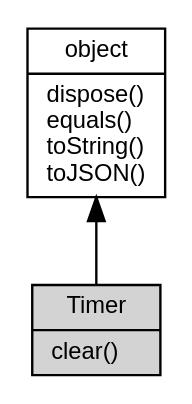
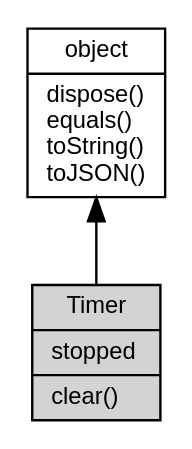
Before and after one commit to fibjs/fibjs.org: the diagram in docs/manual/object/ifs/Timer.md, drawn with Graphviz. The commit also changed other lines of this file and 198 other files, not shown here.

````diff
--- a/docs/manual/object/ifs/Timer.md
+++ b/docs/manual/object/ifs/Timer.md
@@ -5,10 +5,10 @@
 ```dot
 digraph {
     node [fontname="Helvetica,sans-Serif", fontsize=10, shape="record", style="filled", fillcolor="white"];
 
     object [tooltip="object", URL="object.md", label="{object|dispose()\lequals()\ltoString()\ltoJSON()\l}"];
-    Timer [tooltip="Timer", fillcolor="lightgray", label="{Timer|clear()\l}"];
+    Timer [tooltip="Timer", fillcolor="lightgray", label="{Timer|stopped\l|clear()\l}"];
 
     object -> Timer [dir=back];
 }
 ```
````
